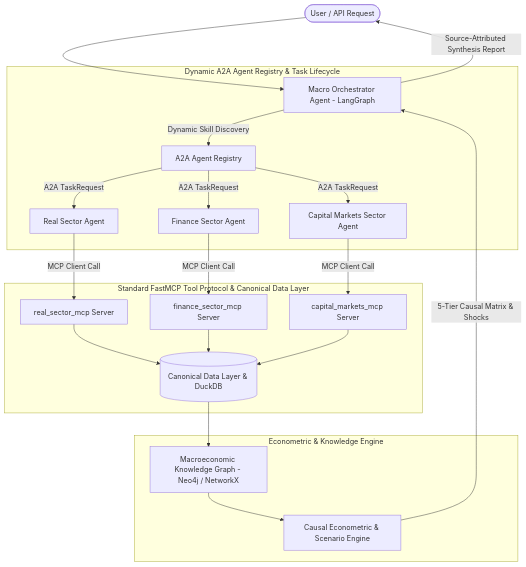
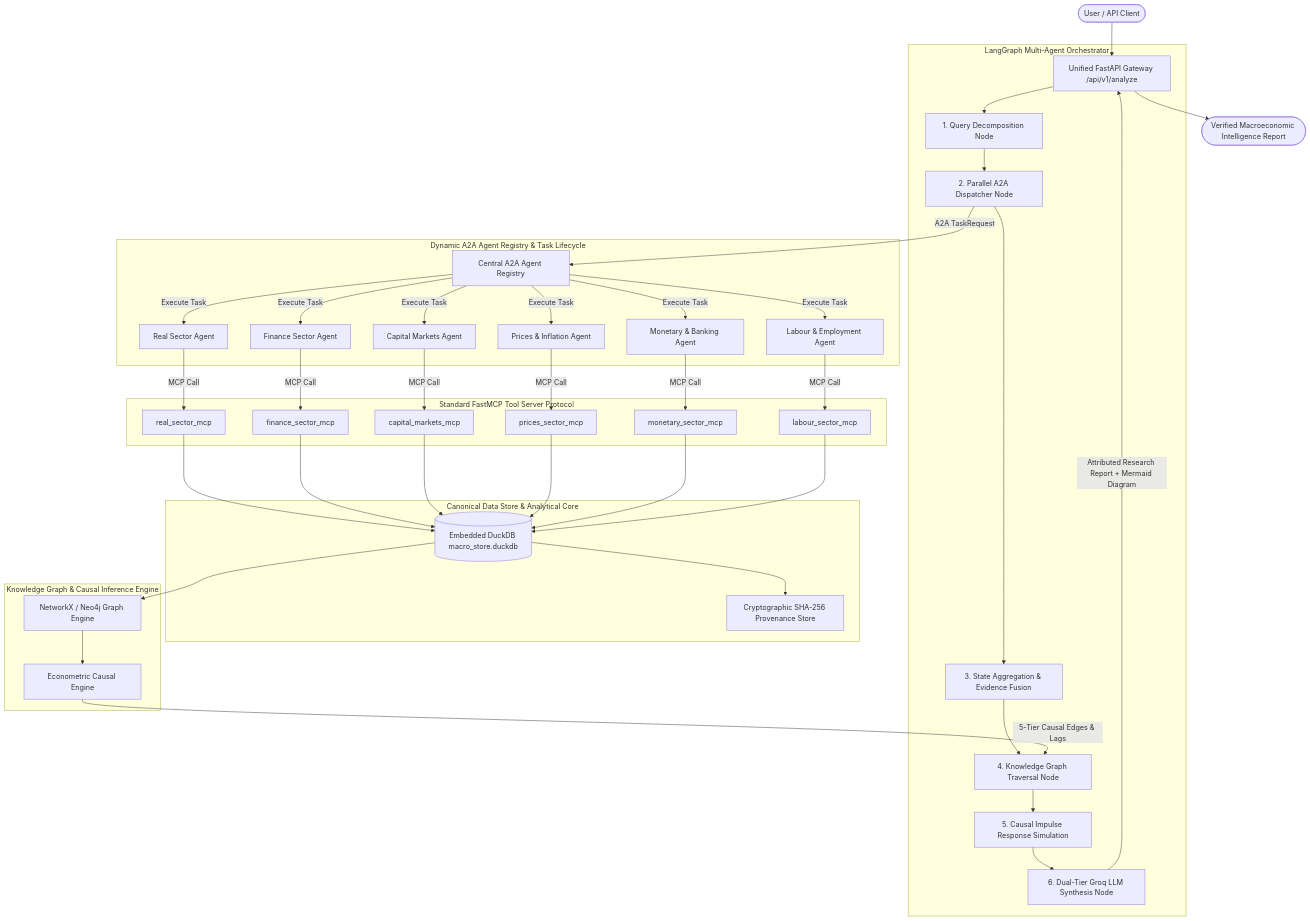
Before and after one commit to Hariprasaadh/macrograph-ai: the diagram in AGENTS.md, drawn with Mermaid. The commit also changed other lines of this file and 21 other files, not shown here.

Commit message:
git commit -m "feat(docs): add system architecture, memory, roadmap, and skills

````diff
--- a/AGENTS.md
+++ b/AGENTS.md
@@ -10,28 +16,51 @@
 ```mermaid
-graph TD
-    User([User / API Request]) --> Orchestrator[Macro Orchestrator Agent - LangGraph]
+flowchart TD
+    User([User / API Client]) --> Gateway[Unified FastAPI Gateway /api/v1/analyze]
     
-    subgraph RegistryLayer [Dynamic A2A Agent Registry & Task Lifecycle]
-        Orchestrator -->|Dynamic Skill Discovery| AgentRegistry[A2A Agent Registry]
-        AgentRegistry -->|A2A TaskRequest| RealSector[Real Sector Agent]
-        AgentRegistry -->|A2A TaskRequest| FinanceSector[Finance Sector Agent]
-        AgentRegistry -->|A2A TaskRequest| CapMarkets[Capital Markets Sector Agent]
+    subgraph OrchestrationLayer [LangGraph Multi-Agent Orchestrator]
+        Gateway --> Decompose[1. Query Decomposition Node]
+        Decompose --> Dispatch[2. Parallel A2A Dispatcher Node]
+        Dispatch --> StateMerge[3. State Aggregation & Evidence Fusion]
+        StateMerge --> KGTraversal[4. Knowledge Graph Traversal Node]
+        KGTraversal --> CausalSim[5. Causal Impulse Response Simulation]
+        CausalSim --> Synthesis[6. Dual-Tier Groq LLM Synthesis Node]
     end
     
-    subgraph MCPLayer [Standard FastMCP Tool Protocol & Canonical Data Layer]
-        RealSector -->|MCP Client Call| RealMCP[real_sector_mcp Server]
-        FinanceSector -->|MCP Client Call| FinanceMCP[finance_sector_mcp Server]
-        CapMarkets -->|MCP Client Call| CapMarketsMCP[capital_markets_mcp Server]
-        RealMCP --> CanonicalData[(Canonical Data Layer & DuckDB)]
-        FinanceMCP --> CanonicalData
-        CapMarketsMCP --> CanonicalData
+    subgraph A2ARegistryLayer [Dynamic A2A Agent Registry & Task Lifecycle]
+        Dispatch -->|A2A TaskRequest| AgentRegistry[Central A2A Agent Registry]
+        AgentRegistry -->|Execute Task| RealAgent[Real Sector Agent]
+        AgentRegistry -->|Execute Task| FinanceAgent[Finance Sector Agent]
+        AgentRegistry -->|Execute Task| CapMarketsAgent[Capital Markets Agent]
+        AgentRegistry -->|Execute Task| PricesAgent[Prices & Inflation Agent]
+        AgentRegistry -->|Execute Task| MonetaryAgent[Monetary & Banking Agent]
+        AgentRegistry -->|Execute Task| LabourAgent[Labour & Employment Agent]
     end
     
-    subgraph AnalyticalCore [Econometric & Knowledge Engine]
-        CanonicalData --> KG[Macroeconomic Knowledge Graph - Neo4j / NetworkX]
-        KG --> Causal[Causal Econometric & Scenario Engine]
+    subgraph FastMCPLayer [Standard FastMCP Tool Server Protocol]
+        RealAgent -->|MCP Call| RealMCP[real_sector_mcp]
+        FinanceAgent -->|MCP Call| FinanceMCP[finance_sector_mcp]
+        CapMarketsAgent -->|MCP Call| CapMarketsMCP[capital_markets_mcp]
+        PricesAgent -->|MCP Call| PricesMCP[prices_sector_mcp]
+        MonetaryAgent -->|MCP Call| MonetaryMCP[monetary_sector_mcp]
+        LabourAgent -->|MCP Call| LabourMCP[labour_sector_mcp]
     end
     
-    Causal -->|5-Tier Causal Matrix & Shocks| Orchestrator
-    Orchestrator -->|Source-Attributed Synthesis Report| User
+    subgraph CanonicalDataLayer [Canonical Data Store & Analytical Core]
+        RealMCP --> DuckDB[(Embedded DuckDB macro_store.duckdb)]
+        FinanceMCP --> DuckDB
+        CapMarketsMCP --> DuckDB
+        PricesMCP --> DuckDB
+        MonetaryMCP --> DuckDB
+        LabourMCP --> DuckDB
+        DuckDB --> ProvenanceRegistry[Cryptographic SHA-256 Provenance Store]
+    end
+    
+    subgraph EconometricCore [Knowledge Graph & Causal Inference Engine]
+        DuckDB --> NetworkXEngine[NetworkX / Neo4j Graph Engine]
+        NetworkXEngine --> CausalEngine[Econometric Causal Engine]
+        CausalEngine -->|5-Tier Causal Edges & Lags| KGTraversal
+    end
+    
+    Synthesis -->|Attributed Research Report + Mermaid Diagram| Gateway
+    Gateway --> Output([Verified Macroeconomic Intelligence Report])
 ```
````
